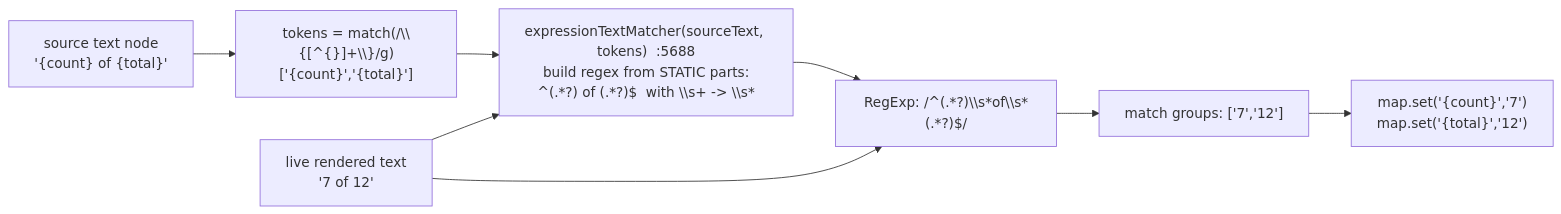
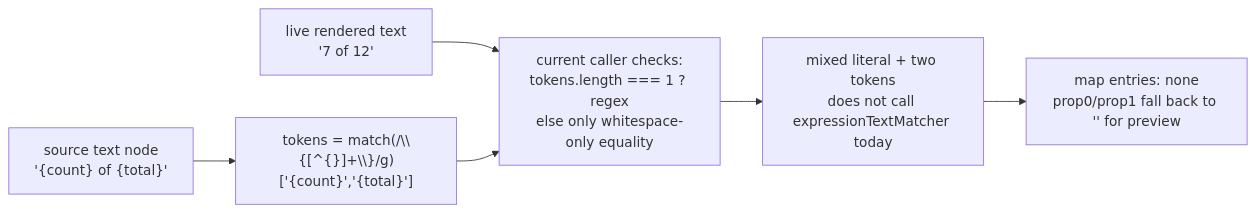
Before and after one commit to martinmoradi/yoinkit: the second of 2 diagrams in audit/impeccable/reports/03-live-mode/03f-framework-source-mapping.md, drawn with Mermaid. The commit also changed other lines of this file and 28 other files, not shown here.

````diff
--- a/audit/impeccable/reports/03-live-mode/03f-framework-source-mapping.md
+++ b/audit/impeccable/reports/03-live-mode/03f-framework-source-mapping.md
@@ -86,10 +86,8 @@
 ```mermaid
 flowchart LR
   src["source text node<br/>'{count} of {total}'"] --> tok["tokens = match(/\\{[^{}]+\\}/g)<br/>['{count}','{total}']"]
-  live["live rendered text<br/>'7 of 12'"] --> matcher
-  tok --> matcher["expressionTextMatcher(sourceText, tokens)  :5688<br/>build regex from STATIC parts:<br/>^(.*?) of (.*?)$  with \\s+ -> \\s*"]
-  matcher --> rx["RegExp: /^(.*?)\\s*of\\s*(.*?)$/"]
-  live --> rx
-  rx --> caps["match groups: ['7','12']"]
-  caps --> mapout["map.set('{count}','7')<br/>map.set('{total}','12')"]
+  live["live rendered text<br/>'7 of 12'"] --> caller
+  tok --> caller["current caller checks:<br/>tokens.length === 1 ? regex<br/>else only whitespace-only equality"]
+  caller --> miss["mixed literal + two tokens<br/>does not call expressionTextMatcher today"]
+  miss --> mapout["map entries: none<br/>prop0/prop1 fall back to '' for preview"]
 ```
````
